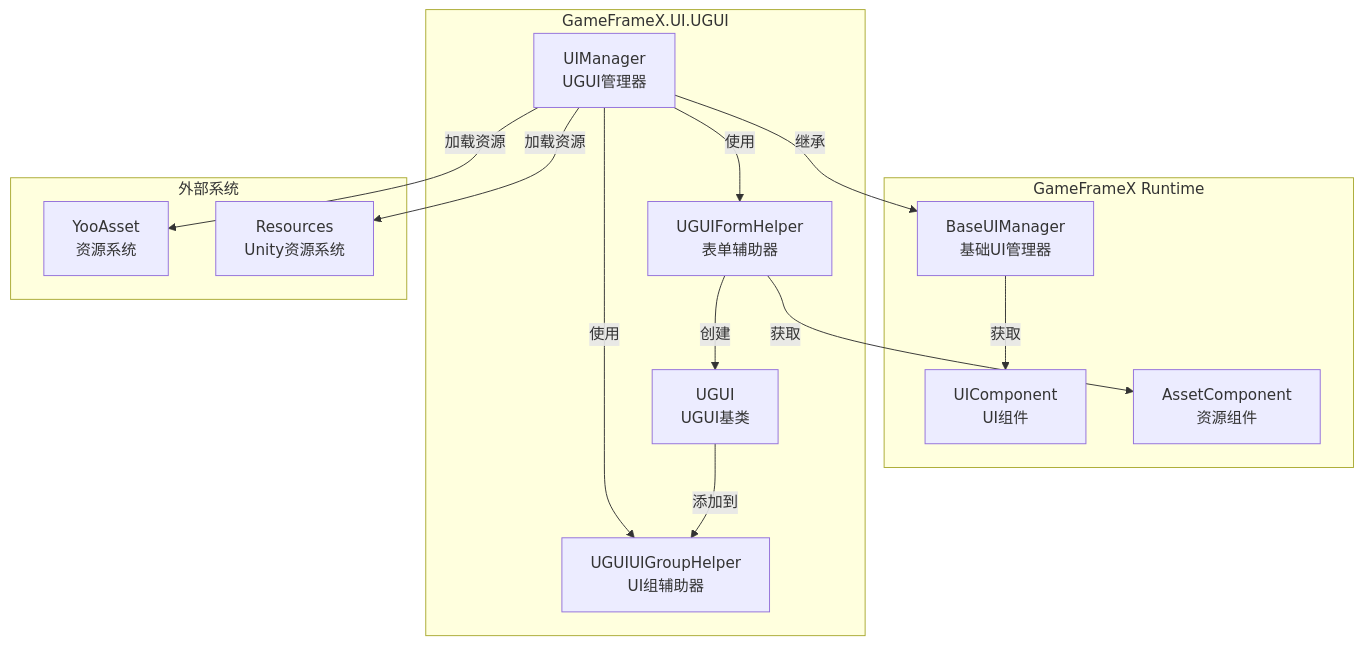
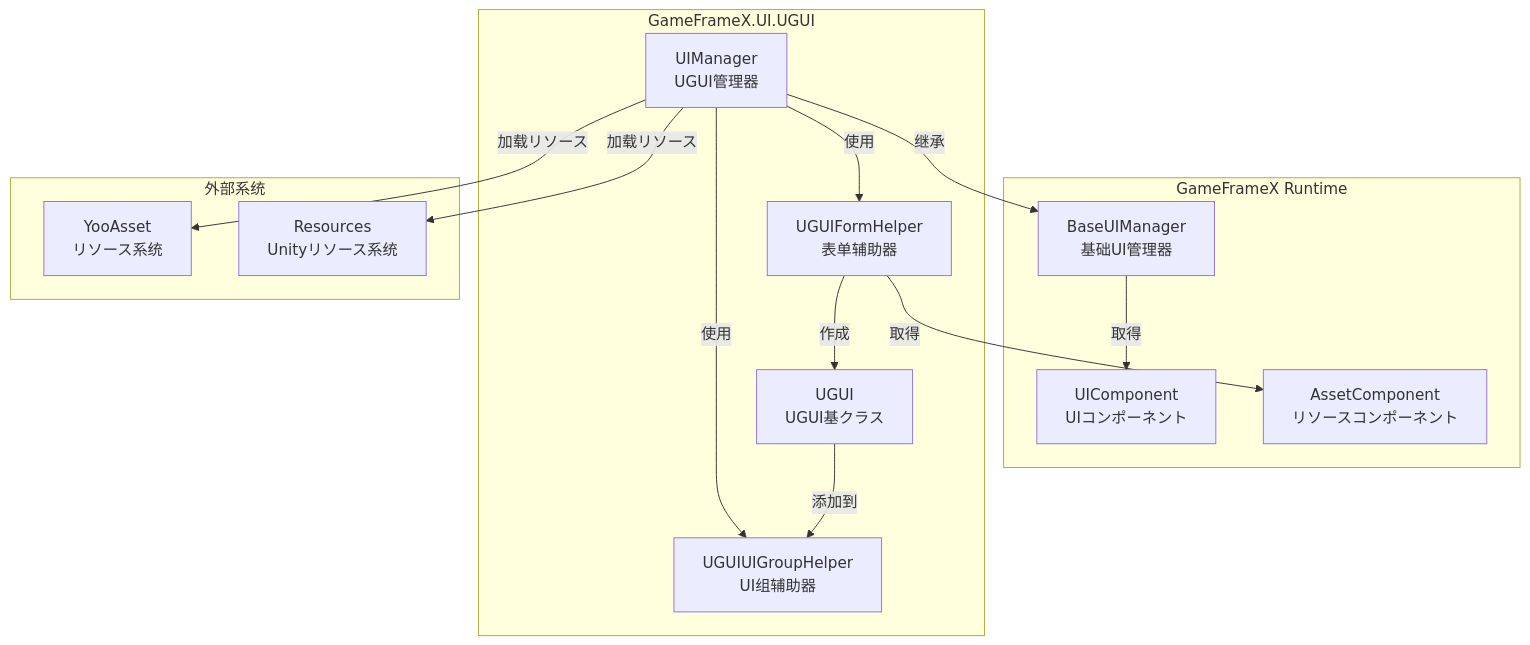
Before and after one commit to AlianBlank/GameFrameX.Docs: the first of 3 diagrams in docs/ja/client/unity/component/ui-ugui/07.ui-manager.md, drawn with Mermaid. The commit also changed other lines of this file and 603 other files, not shown here.

````diff
--- a/docs/ja/client/unity/component/ui-ugui/07.ui-manager.md
+++ b/docs/ja/client/unity/component/ui-ugui/07.ui-manager.md
@@ -23,30 +23,30 @@
 ```mermaid
 flowchart TD
     subgraph GameFrameX_Runtime["GameFrameX Runtime"]
         BaseUIManager[BaseUIManager<br/>基础UI管理器]
-        UIComponent[UIComponent<br/>UI组件]
-        AssetComponent[AssetComponent<br/>资源组件]
+        UIComponent[UIComponent<br/>UIコンポーネント]
+        AssetComponent[AssetComponent<br/>リソースコンポーネント]
     end
 
     subgraph UI_UGUI_Runtime["GameFrameX.UI.UGUI"]
         UIManager["UIManager<br/>UGUI管理器"]
         UGUIFormHelper[UGUIFormHelper<br/>表单辅助器]
         UGUIUIGroupHelper[UGUIUIGroupHelper<br/>UI组辅助器]
-        UGUI[UGUI<br/>UGUI基类]
+        UGUI[UGUI<br/>UGUI基クラス]
     end
 
     subgraph External["外部系统"]
-        YooAsset[YooAsset<br/>资源系统]
-        Resources[Resources<br/>Unity资源系统]
+        YooAsset[YooAsset<br/>リソース系统]
+        Resources[Resources<br/>Unityリソース系统]
     end
 
     UIManager -->|继承| BaseUIManager
     UIManager -->|使用| UGUIFormHelper
     UIManager -->|使用| UGUIUIGroupHelper
-    UGUIFormHelper -->|创建| UGUI
+    UGUIFormHelper -->|作成| UGUI
     UGUI -->|添加到| UGUIUIGroupHelper
-    UIManager -->|加载资源| YooAsset
-    UIManager -->|加载资源| Resources
-    BaseUIManager -->|获取| UIComponent
-    UGUIFormHelper -->|获取| AssetComponent
+    UIManager -->|加载リソース| YooAsset
+    UIManager -->|加载リソース| Resources
+    BaseUIManager -->|取得| UIComponent
+    UGUIFormHelper -->|取得| AssetComponent
 ```
````
